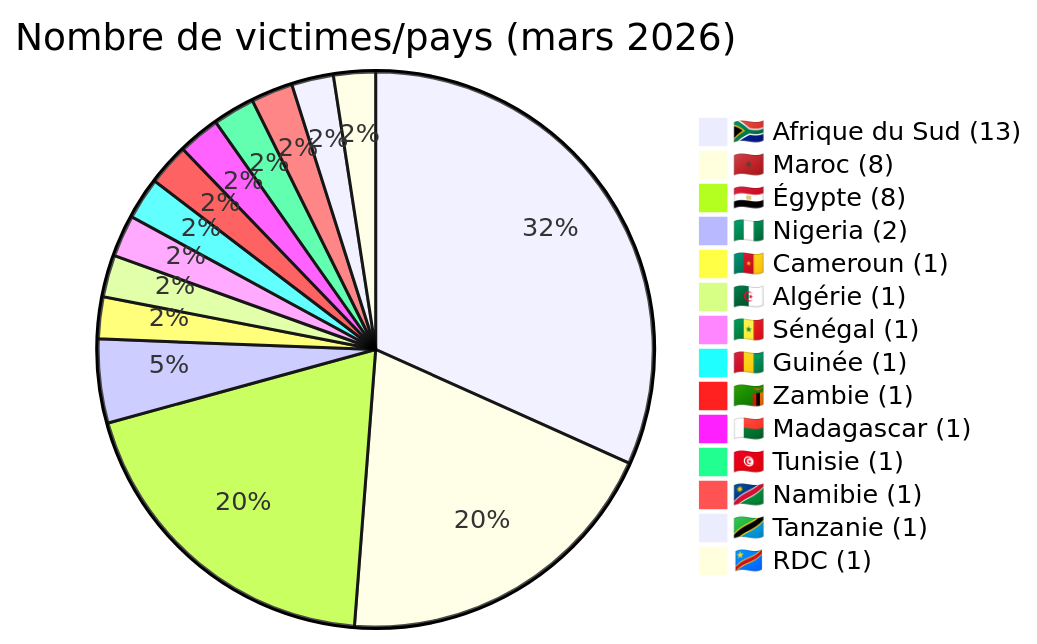
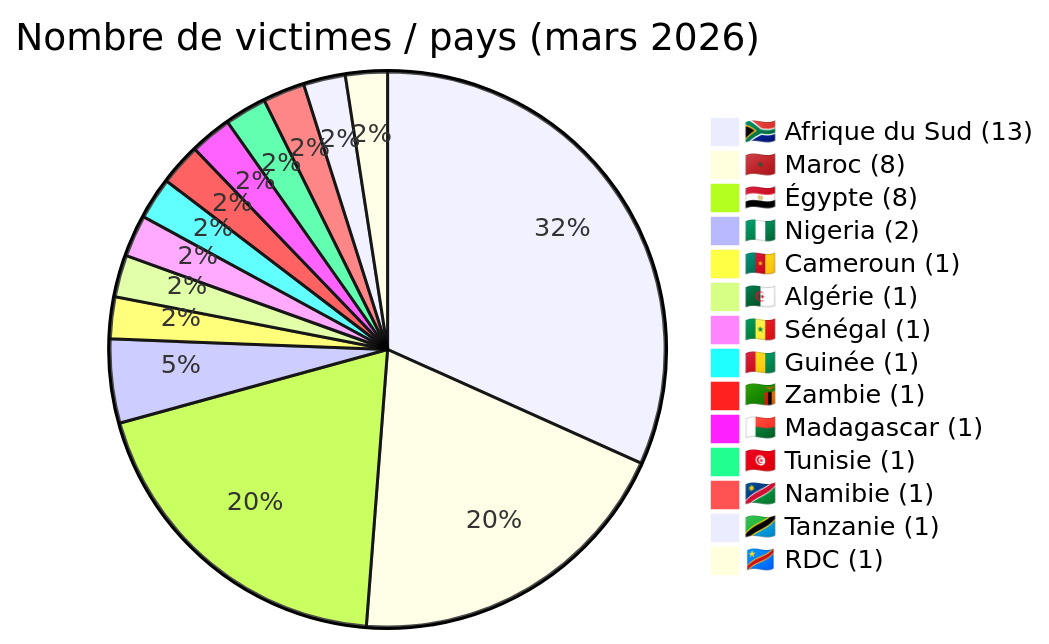
The first of 5 diagrams in reports/2026/03-march/README_FR.md (Hatchepsoute/AFRINTEL), drawn with Mermaid before and after one commit.

Commit message:
CTI Report - Cyberattacks in Africa (March 2026)

````diff
--- a/reports/2026/03-march/README_FR.md
+++ b/reports/2026/03-march/README_FR.md
@@ -61,18 +61,18 @@
 ```mermaid
 pie
-    title Nombre de victimes/pays (mars 2026)
+    title Nombre de victimes / pays (mars 2026)
     "🇿🇦 Afrique du Sud (13)" : 13
     "🇲🇦 Maroc (8)" : 8
     "🇪🇬 Égypte (8)" : 8
     "🇳🇬 Nigeria (2)" : 2
     "🇨🇲 Cameroun (1)" : 1
     "🇩🇿 Algérie (1)" : 1
     "🇸🇳 Sénégal (1)" : 1
     "🇬🇳 Guinée (1)" : 1
     "🇿🇲 Zambie (1)" : 1
     "🇲🇬 Madagascar (1)" : 1
     "🇹🇳 Tunisie (1)" : 1
     "🇳🇦 Namibie (1)" : 1
     "🇹🇿 Tanzanie (1)" : 1
     "🇨🇩 RDC (1)" : 1
 ```
````
